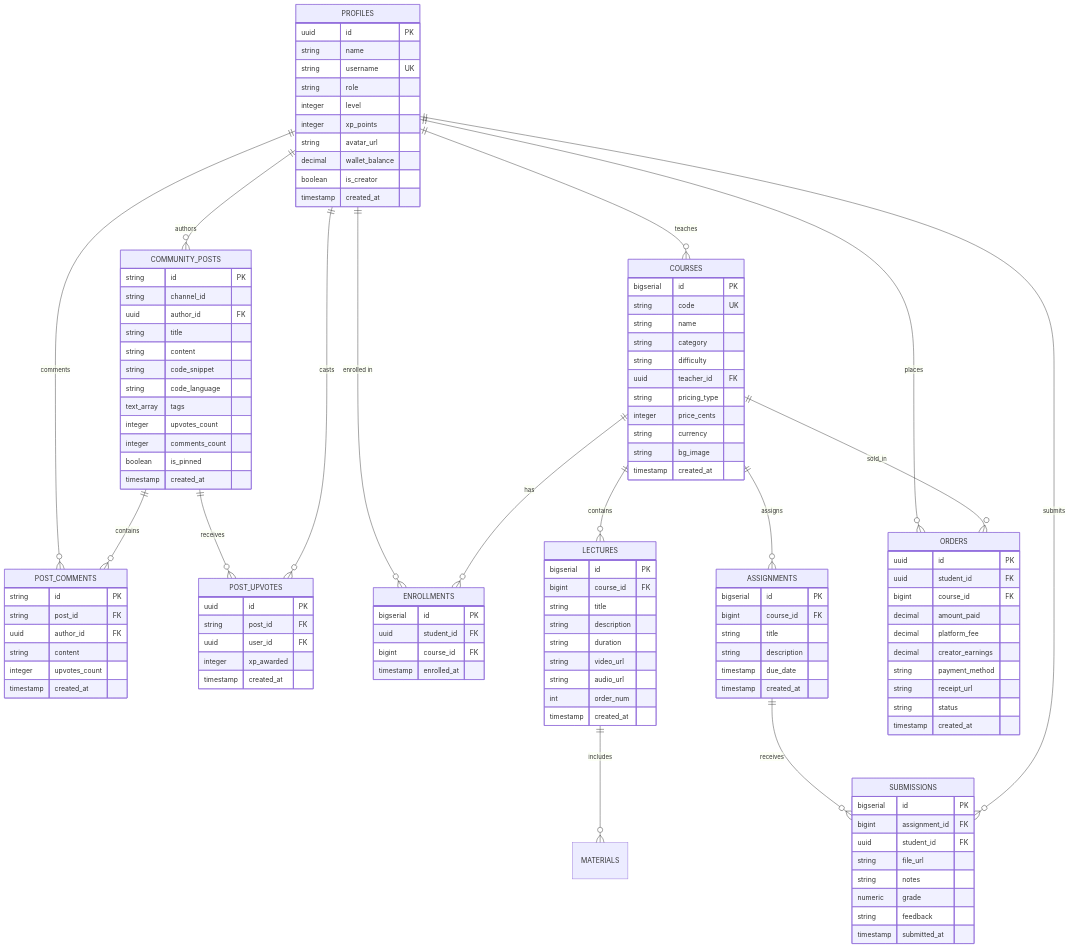
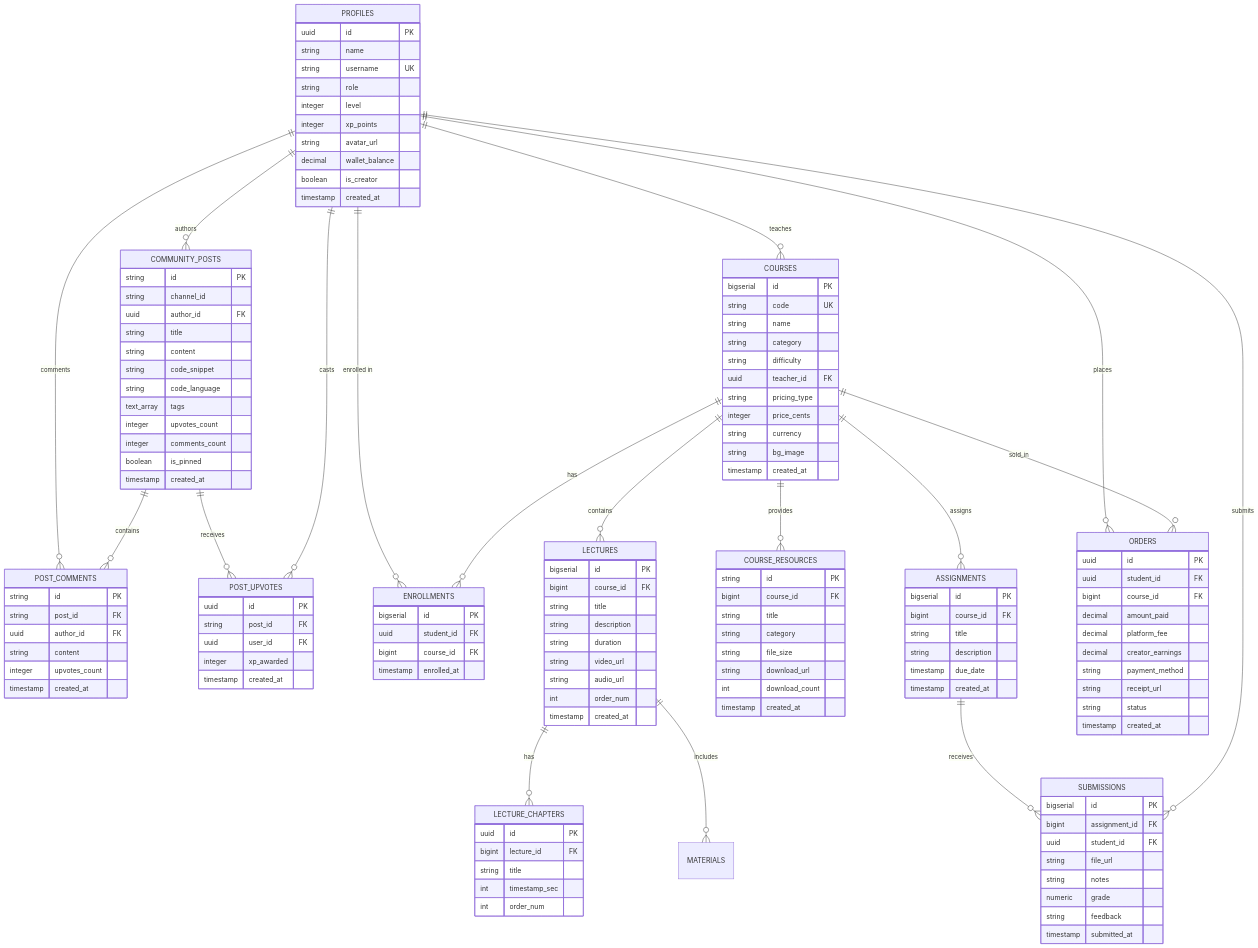
Before and after one commit to ta3allam/ta3: the diagram in erd.md, drawn with Mermaid. The commit also changed 3 other files, not shown here.

Commit message:
docs(all): synchronize architecture, ERD, components, and README for Day 2 classroom delivery

````diff
--- a/erd.md
+++ b/erd.md
@@ -12,6 +12,8 @@
     PROFILES ||--o{ ENROLLMENTS : "enrolled in"
     COURSES ||--o{ ENROLLMENTS : "has"
     COURSES ||--o{ LECTURES : "contains"
+    COURSES ||--o{ COURSE_RESOURCES : "provides"
+    LECTURES ||--o{ LECTURE_CHAPTERS : "has"
     LECTURES ||--o{ MATERIALS : "includes"
     COURSES ||--o{ ASSIGNMENTS : "assigns"
     ASSIGNMENTS ||--o{ SUBMISSIONS : "receives"
@@ -129,4 +131,23 @@
         string feedback
         timestamp submitted_at
     }
+
+    LECTURE_CHAPTERS {
+        uuid id PK
+        bigint lecture_id FK
+        string title
+        int timestamp_sec
+        int order_num
+    }
+
+    COURSE_RESOURCES {
+        string id PK
+        bigint course_id FK
+        string title
+        string category
+        string file_size
+        string download_url
+        int download_count
+        timestamp created_at
+    }
 ```
````
